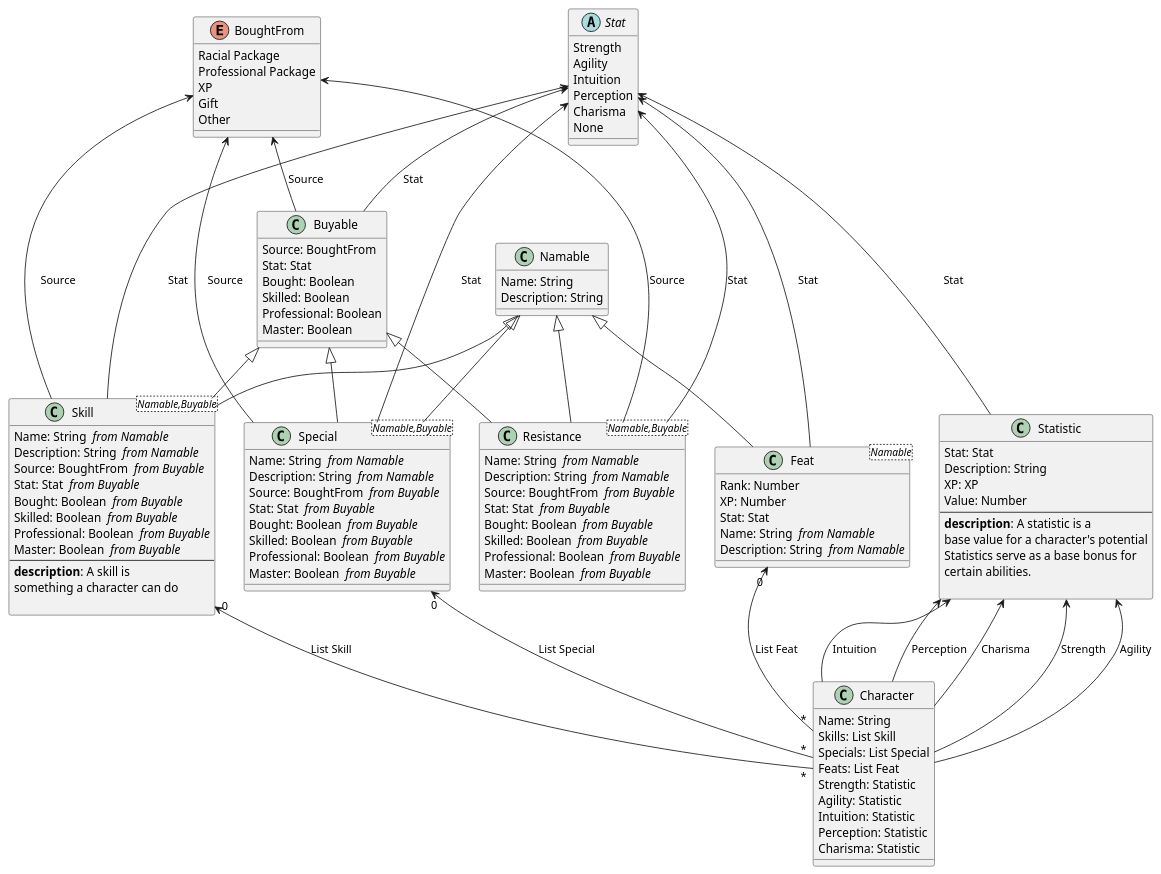
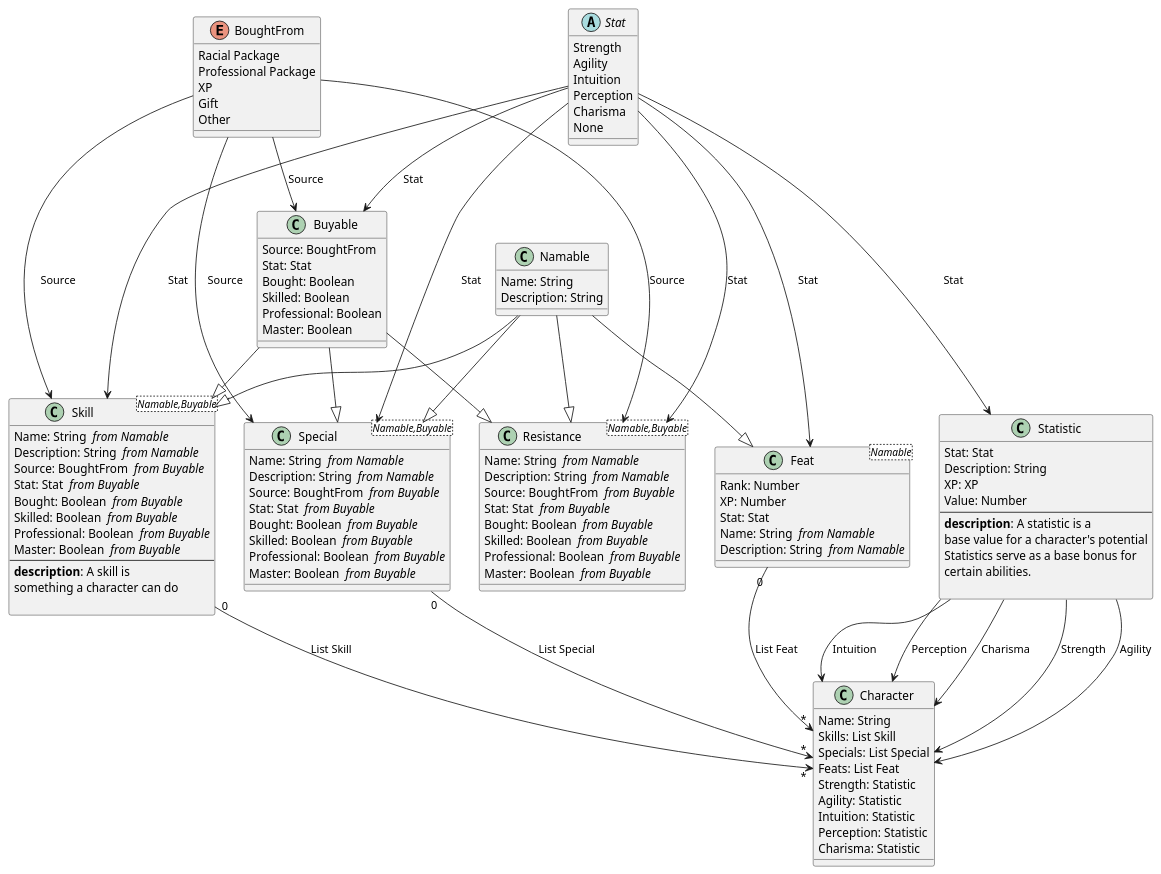
Before and after one commit to Baudin999/car-lang: the diagram in Examples/.out/v0.0.1/Aria/Aria.puml, drawn with PlantUML. The commit also changed 50 other files, not shown here.

```diff
--- a/Examples/.out/v0.0.1/Aria/Aria.puml
+++ b/Examples/.out/v0.0.1/Aria/Aria.puml
@@ -1,117 +1,117 @@
 enum BoughtFrom {
 	Racial Package
 	Professional Package
 	XP
 	Gift
 	Other
 
 }
 abstract "Stat" as Stat {
 	Strength 
 	Agility 
 	Intuition 
 	Perception 
 	Charisma 
 	None 
 }
 class "Namable" as Namable  {
 	Name: String 
 	Description: String 
 }
 class "Buyable" as Buyable  {
 	Source: BoughtFrom 
 	Stat: Stat 
 	Bought: Boolean 
 	Skilled: Boolean 
 	Professional: Boolean 
 	Master: Boolean 
 }
-BoughtFrom <-- Buyable : Source
-Stat <-- Buyable : Stat
+BoughtFrom --> Buyable : Source
+Stat --> Buyable : Stat
 class "Skill " as Skill <Namable,Buyable> {
 	Name: String  <i>from Namable</i>
 	Description: String  <i>from Namable</i>
 	Source: BoughtFrom  <i>from Buyable</i>
 	Stat: Stat  <i>from Buyable</i>
 	Bought: Boolean  <i>from Buyable</i>
 	Skilled: Boolean  <i>from Buyable</i>
 	Professional: Boolean  <i>from Buyable</i>
 	Master: Boolean  <i>from Buyable</i>
 --
   <b>description</b>: A skill is
  something a character can do
     
 }
-BoughtFrom <-- Skill : Source
-Stat <-- Skill : Stat
-Namable <|-- Skill
-Buyable <|-- Skill
+BoughtFrom --> Skill : Source
+Stat --> Skill : Stat
+Namable --|> Skill
+Buyable --|> Skill
 class "Resistance " as Resistance <Namable,Buyable> {
 	Name: String  <i>from Namable</i>
 	Description: String  <i>from Namable</i>
 	Source: BoughtFrom  <i>from Buyable</i>
 	Stat: Stat  <i>from Buyable</i>
 	Bought: Boolean  <i>from Buyable</i>
 	Skilled: Boolean  <i>from Buyable</i>
 	Professional: Boolean  <i>from Buyable</i>
 	Master: Boolean  <i>from Buyable</i>
 }
-BoughtFrom <-- Resistance : Source
-Stat <-- Resistance : Stat
-Namable <|-- Resistance
-Buyable <|-- Resistance
+BoughtFrom --> Resistance : Source
+Stat --> Resistance : Stat
+Namable --|> Resistance
+Buyable --|> Resistance
 class "Special " as Special <Namable,Buyable> {
 	Name: String  <i>from Namable</i>
 	Description: String  <i>from Namable</i>
 	Source: BoughtFrom  <i>from Buyable</i>
 	Stat: Stat  <i>from Buyable</i>
 	Bought: Boolean  <i>from Buyable</i>
 	Skilled: Boolean  <i>from Buyable</i>
 	Professional: Boolean  <i>from Buyable</i>
 	Master: Boolean  <i>from Buyable</i>
 }
-BoughtFrom <-- Special : Source
-Stat <-- Special : Stat
-Namable <|-- Special
-Buyable <|-- Special
+BoughtFrom --> Special : Source
+Stat --> Special : Stat
+Namable --|> Special
+Buyable --|> Special
 class "Feat " as Feat <Namable> {
 	Rank: Number 
 	XP: Number 
 	Stat: Stat 
 	Name: String  <i>from Namable</i>
 	Description: String  <i>from Namable</i>
 }
-Stat <-- Feat : Stat
-Namable <|-- Feat
+Stat --> Feat : Stat
+Namable --|> Feat
 class "Statistic" as Statistic  {
 	Stat: Stat 
 	Description: String 
 	XP: XP 
 	Value: Number 
 --
   <b>description</b>: A statistic is a
  base value for a character's potential
  Statistics serve as a base bonus for
  certain abilities.
     
 }
-Stat <-- Statistic : Stat
+Stat --> Statistic : Stat
 class "Character" as Character  {
 	Name: String 
 	Skills: List Skill
 	Specials: List Special
 	Feats: List Feat
 	Strength: Statistic 
 	Agility: Statistic 
 	Intuition: Statistic 
 	Perception: Statistic 
 	Charisma: Statistic 
 }
-Statistic <-- Character : Strength
-Statistic <-- Character : Agility
-Statistic <-- Character : Intuition
-Statistic <-- Character : Perception
-Statistic <-- Character : Charisma
-Skill "0" <-- "*" Character : List Skill
-Special "0" <-- "*" Character : List Special
-Feat "0" <-- "*" Character : List Feat
+Statistic --> Character : Strength
+Statistic --> Character : Agility
+Statistic --> Character : Intuition
+Statistic --> Character : Perception
+Statistic --> Character : Charisma
+Skill "0" --> "*" Character : List Skill
+Special "0" --> "*" Character : List Special
+Feat "0" --> "*" Character : List Feat
```
